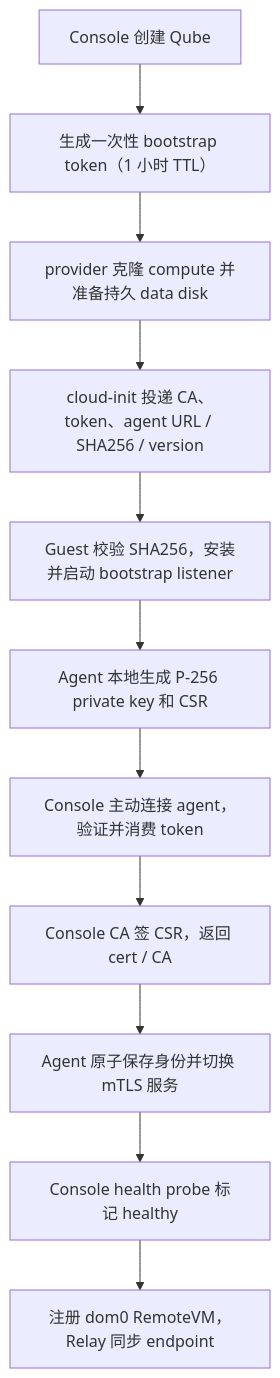
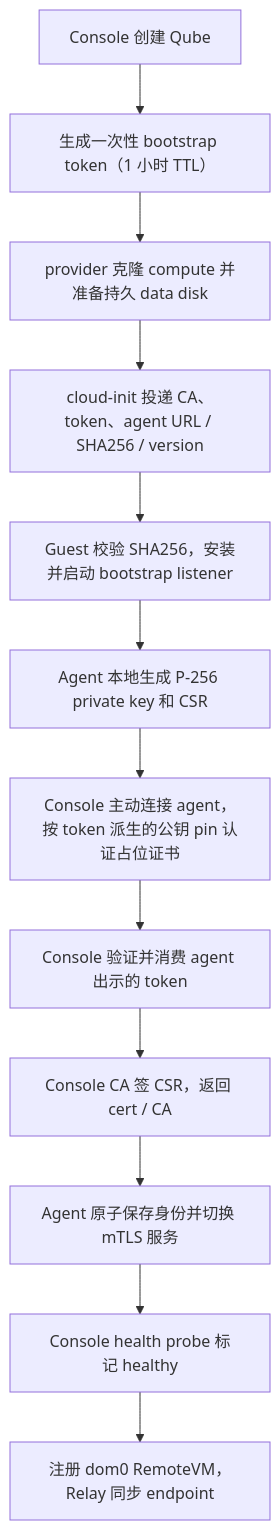
Before and after one commit to slchris/qubes-air: the diagram in docs/bootstrap-design.md, drawn with Mermaid. The commit also changed other lines of this file and 23 other files, not shown here.

````diff
--- a/docs/bootstrap-design.md
+++ b/docs/bootstrap-design.md
@@ -17,13 +17,14 @@
 ```mermaid
 flowchart TD
   Create["Console 创建 Qube"] --> Token["生成一次性 bootstrap token（1 小时 TTL）"]
   Token --> Provision["provider 克隆 compute 并准备持久 data disk"]
   Provision --> CloudInit["cloud-init 投递 CA、token、agent URL / SHA256 / version"]
   CloudInit --> Install["Guest 校验 SHA256，安装并启动 bootstrap listener"]
   Install --> CSR["Agent 本地生成 P-256 private key 和 CSR"]
-  CSR --> Redeem["Console 主动连接 agent，验证并消费 token"]
+  CSR --> Pin["Console 主动连接 agent，按 token 派生的公钥 pin 认证占位证书"]
+  Pin --> Redeem["Console 验证并消费 agent 出示的 token"]
   Redeem --> Sign["Console CA 签 CSR，返回 cert / CA"]
   Sign --> MTLS["Agent 原子保存身份并切换 mTLS 服务"]
   MTLS --> Health["Console health probe 标记 healthy"]
   Health --> Register["注册 dom0 RemoteVM，Relay 同步 endpoint"]
 ```
````
